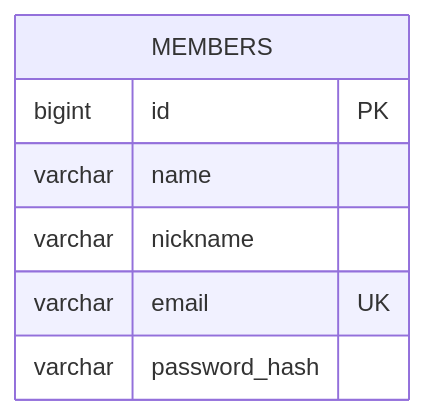
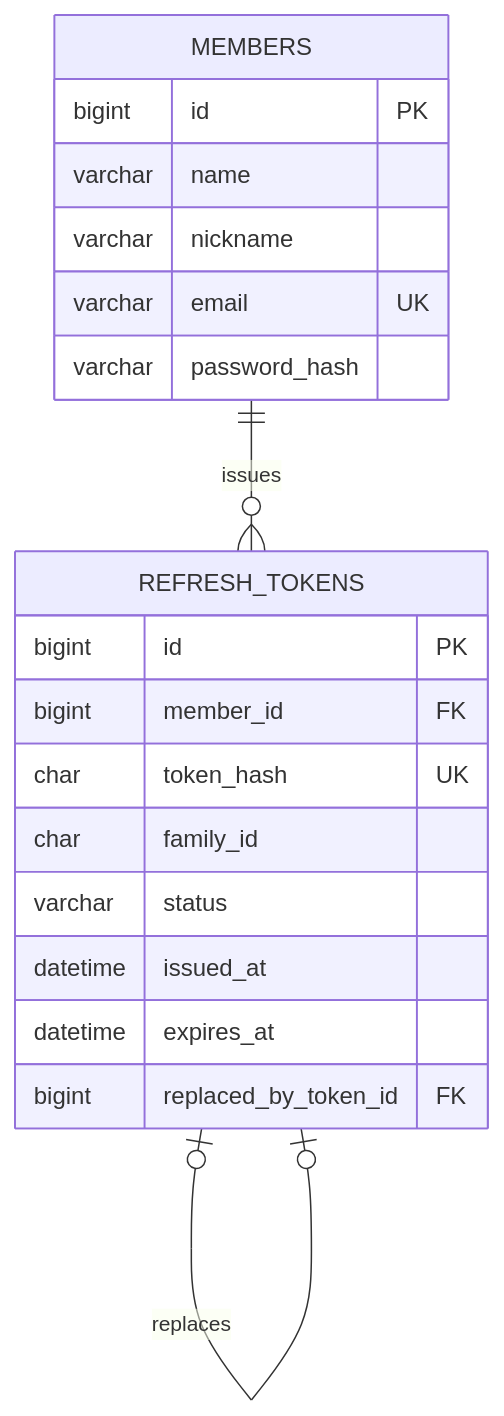
One commit to abcshc/wellness-activity-service changed the diagram in docs/data-model.md. Above: the diagram before and after it, drawn with Mermaid. The commit also changed other lines of this file and 3 other files, not shown here.

````diff
--- a/docs/data-model.md
+++ b/docs/data-model.md
@@ -7,10 +7,22 @@
 ```mermaid
 erDiagram
     MEMBERS {
         bigint id PK
         varchar name
         varchar nickname
         varchar email UK
         varchar password_hash
     }
+    REFRESH_TOKENS {
+        bigint id PK
+        bigint member_id FK
+        char token_hash UK
+        char family_id
+        varchar status
+        datetime issued_at
+        datetime expires_at
+        bigint replaced_by_token_id FK
+    }
+    MEMBERS ||--o{ REFRESH_TOKENS : issues
+    REFRESH_TOKENS o|--o| REFRESH_TOKENS : replaces
 ```
````
